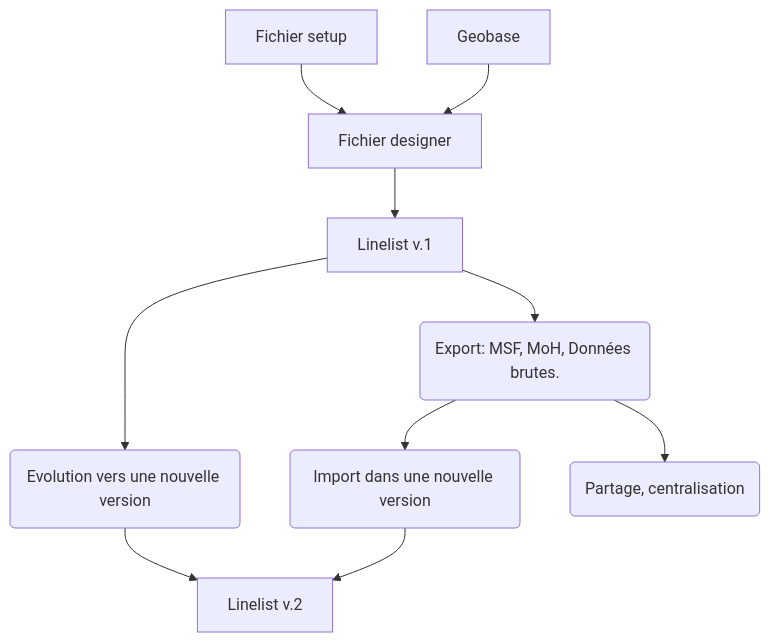
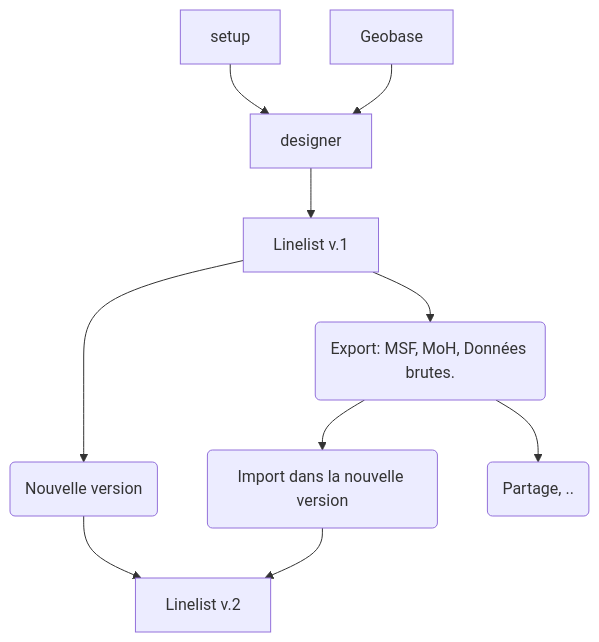
One commit to epicentre-msf/outbreak-tools-demo changed the diagram in exercise/fr/demo_exercise_fr.qmd. Above: the diagram before and after it, drawn with Mermaid. The commit also changed other lines of this file and 41 other files, not shown here.

````diff
--- a/exercise/fr/demo_exercise_fr.qmd
+++ b/exercise/fr/demo_exercise_fr.qmd
@@ -41,15 +41,15 @@
 ```{mermaid theme="neutral"}
 
-%%| fig.width: 3
+%%|fig.width: 2
 
 flowchart TD
-A[Fichier setup] --> B[Fichier designer]
+A[setup] --> B[designer]
 G[Geobase] -->B
 B --> C[Linelist v.1]
-C --> F(Evolution vers une nouvelle version)
+C --> F(Nouvelle version)
 C --> E(Export: MSF, MoH, Données brutes.)
-E --> I(Import dans une nouvelle version)
-E --> H(Partage, centralisation)
+E --> I(Import dans la nouvelle version)
+E --> H(Partage, ..)
 F --> K[Linelist v.2]
 I --> K
 ```
````
